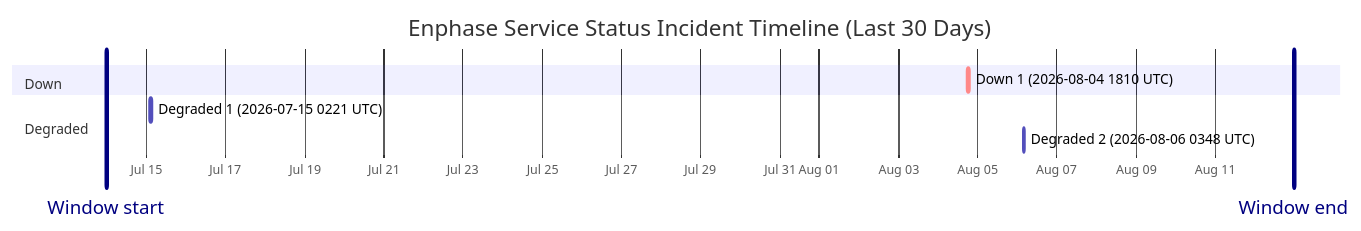
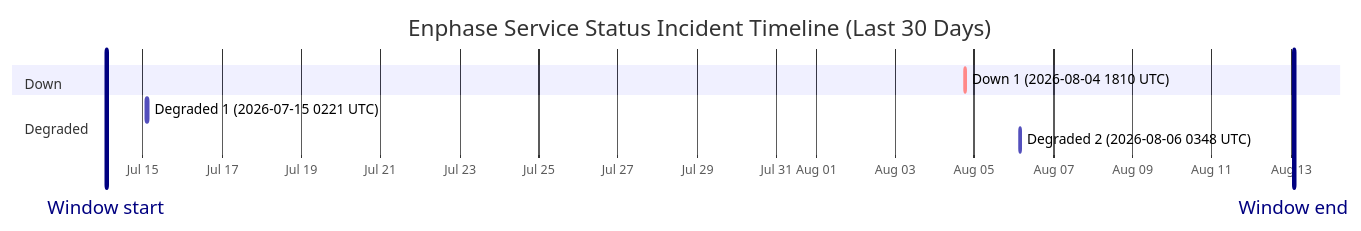
Before and after one commit to barneyonline/ha-enphase-energy: the diagram in wiki/Service-Status-History.md, drawn with Mermaid. The commit also changed other lines of this file and 3 other files, not shown here.

````diff
--- a/wiki/Service-Status-History.md
+++ b/wiki/Service-Status-History.md
@@ -14,13 +14,13 @@
 ```mermaid
 gantt
     title Enphase Service Status Incident Timeline (Last 30 Days)
     dateFormat  YYYY-MM-DDTHH:mm:ss
     axisFormat  %b %d
-    Window start :vert, window-start, 2026-07-13T23:38:44, 0ms
-    Window end :vert, window-end, 2026-08-12T23:38:44, 0ms
+    Window start :vert, window-start, 2026-07-14T01:50:38, 0ms
+    Window end :vert, window-end, 2026-08-13T01:50:38, 0ms
     section Down
     Down 1 (2026-08-04 1810 UTC) :crit, down-1, 2026-08-04T18:10:46, 60m
     section Degraded
     Degraded 1 (2026-07-15 0221 UTC) :active, degraded-1, 2026-07-15T02:21:35, 60m
     Degraded 2 (2026-08-06 0348 UTC) :active, degraded-2, 2026-08-06T03:48:14, 60m
 ```
````
